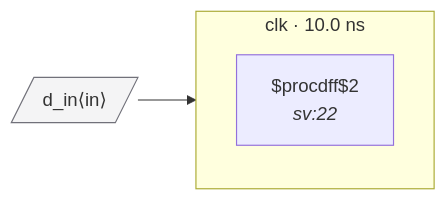
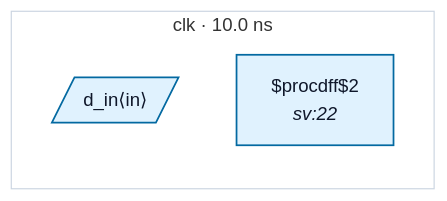
Before and after one commit to rtl-buddy/rtl-buddy-cdc: the diagram in tests/fixtures/bad_hints_reset_polarity/README.md, drawn with Mermaid. The commit also changed 71 other files, not shown here.

````diff
--- a/tests/fixtures/bad_hints_reset_polarity/README.md
+++ b/tests/fixtures/bad_hints_reset_polarity/README.md
@@ -18,11 +18,13 @@
 ```mermaid
 %% bad_hints_reset_polarity — generated by rtl-buddy-cdc render
 flowchart LR
   subgraph clk_clk["clk · 10.0 ns"]
     direction TB
-    f_fec9722d["$procdff$2<br/><i>sv:22</i>"]
+    p_in_d_in[/"d_in⟨in⟩"/]:::ckcls_clk
+    f_fec9722d["$procdff$2<br/><i>sv:22</i>"]:::ckcls_clk
   end
-  p_in_d_in[/"d_in⟨in⟩"/]:::port
-  p_in_d_in --> f_fec9722d
-  classDef port fill:#f4f4f5,stroke:#71717a
+  style clk_clk fill:none,stroke:#cbd5e1
+  classDef ckcls_clk fill:#e0f2fe,stroke:#0369a1,stroke-width:1.5px,color:#0f172a
+  classDef port_unassigned fill:#f4f4f5,stroke:#71717a,color:#0f172a
+  classDef ckcls_legend_neutral fill:#ffffff,stroke:#cbd5e1,stroke-width:1px,color:#0f172a
 ```
````
